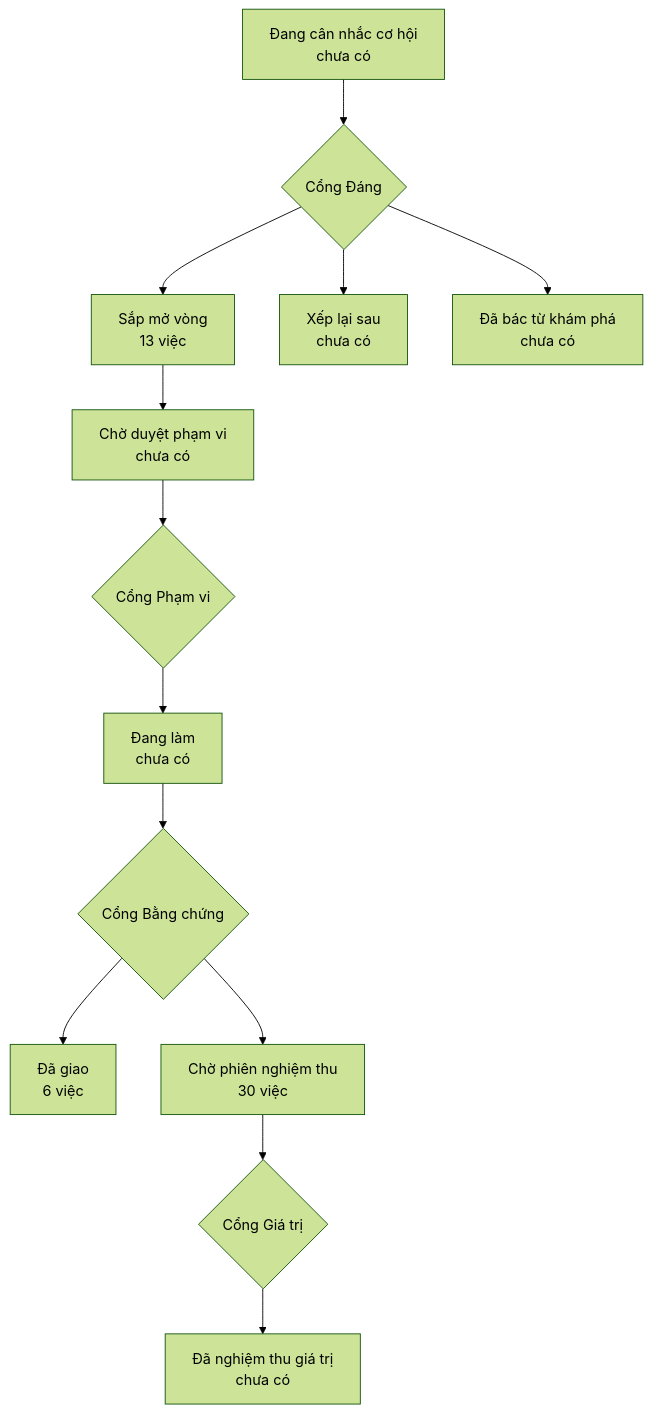
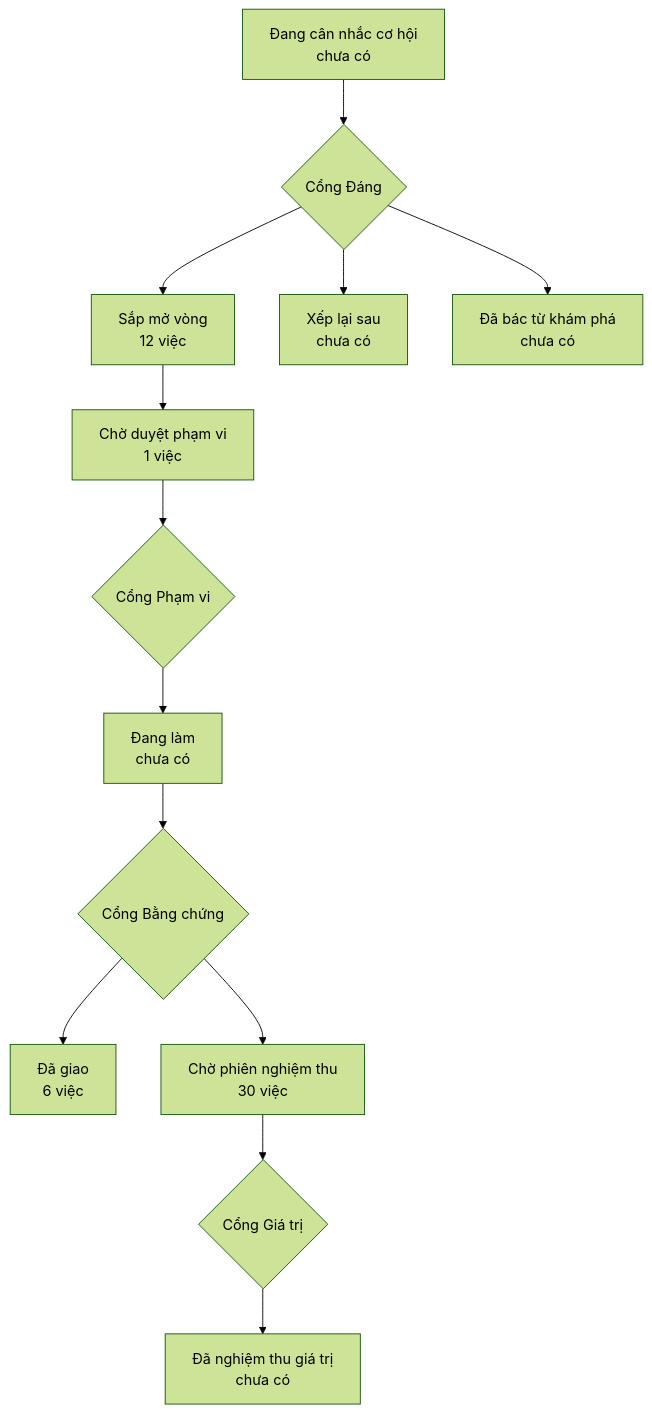
One commit to phanlemanh/onehub-quy-hang changed the diagram in PRODUCT-MAP.md. Above: the diagram before and after it, drawn with Mermaid (forest theme). The commit also changed other lines of this file and 11 other files, not shown here.

Commit message:
feat(lien-he): hồ sơ Cổng Phạm vi — thiết kế có bảng đối chiếu RESO, hợp đồng 10 tiêu chí, bài chấm, phản biện

````diff
--- a/PRODUCT-MAP.md
+++ b/PRODUCT-MAP.md
@@ -7,12 +7,12 @@
 ```mermaid
 flowchart TD
   A["Đang cân nhắc cơ hội<br/>chưa có"] --> GD{"Cổng Đáng"}
-  GD --> B["Sắp mở vòng<br/>13 việc"]
+  GD --> B["Sắp mở vòng<br/>12 việc"]
   GD --> XL["Xếp lại sau<br/>chưa có"]
   GD --> DB["Đã bác từ khám phá<br/>chưa có"]
-  B --> CD["Chờ duyệt phạm vi<br/>chưa có"] --> GP{"Cổng Phạm vi"}
+  B --> CD["Chờ duyệt phạm vi<br/>1 việc"] --> GP{"Cổng Phạm vi"}
   GP --> DL["Đang làm<br/>chưa có"] --> GB{"Cổng Bằng chứng"}
   GB --> DG["Đã giao<br/>6 việc"]
   GB --> CN["Chờ phiên nghiệm thu<br/>30 việc"] --> GG{"Cổng Giá trị"}
   GG --> NT["Đã nghiệm thu giá trị<br/>chưa có"]
 ```
````
